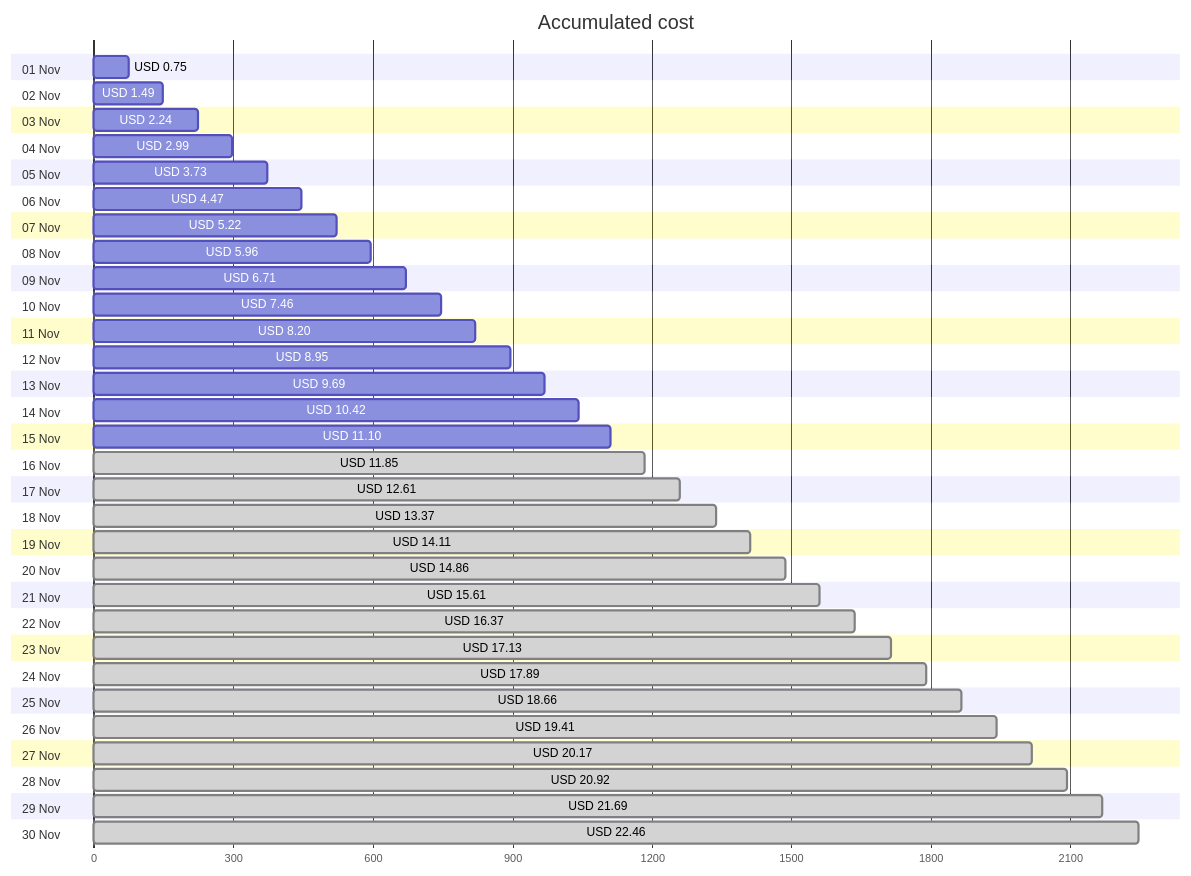
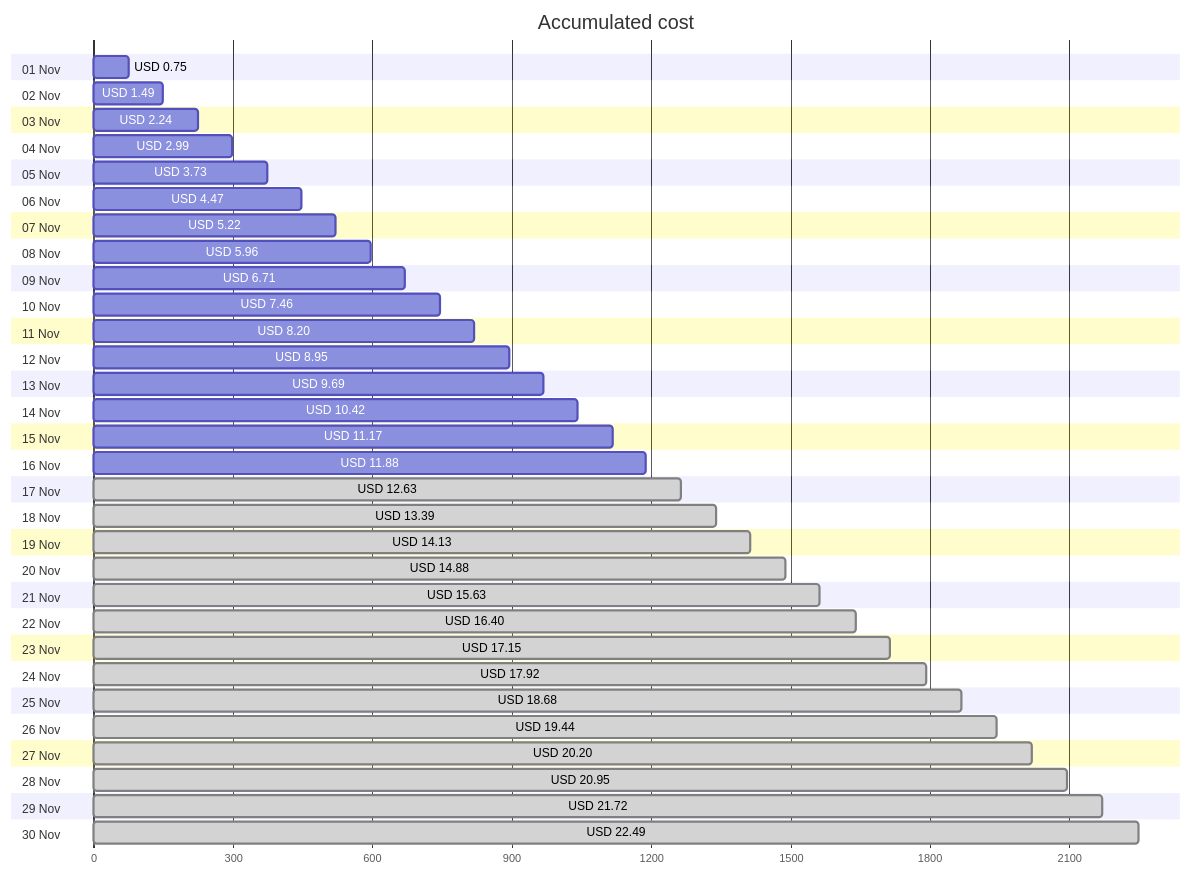
Before and after one commit to jpfulton/azure-personal-reports: the first of 4 diagrams in cost-reports/personal-network/backup-server-data-disk.md, drawn with Mermaid. The commit also changed other lines of this file and 8 other files, not shown here.

````diff
--- a/cost-reports/personal-network/backup-server-data-disk.md
+++ b/cost-reports/personal-network/backup-server-data-disk.md
@@ -20,66 +20,66 @@
 ```mermaid
 gantt
    title Accumulated cost
    dateFormat  X
    axisFormat %s
    section 01 Nov
    USD 0.75 :0, 75
    section 02 Nov
    USD 1.49 :0, 149
    section 03 Nov
    USD 2.24 :0, 224
    section 04 Nov
    USD 2.99 :0, 299
    section 05 Nov
    USD 3.73 :0, 373
    section 06 Nov
    USD 4.47 :0, 447
    section 07 Nov
    USD 5.22 :0, 522
    section 08 Nov
    USD 5.96 :0, 596
    section 09 Nov
    USD 6.71 :0, 671
    section 10 Nov
    USD 7.46 :0, 746
    section 11 Nov
    USD 8.20 :0, 820
    section 12 Nov
    USD 8.95 :0, 895
    section 13 Nov
    USD 9.69 :0, 969
    section 14 Nov
    USD 10.42 :0, 1042
    section 15 Nov
-   USD 11.10 :0, 1110
+   USD 11.17 :0, 1117
    section 16 Nov
-   USD 11.85 : done, 0, 1185
+   USD 11.88 :0, 1188
    section 17 Nov
-   USD 12.61 : done, 0, 1261
+   USD 12.63 : done, 0, 1263
    section 18 Nov
-   USD 13.37 : done, 0, 1337
+   USD 13.39 : done, 0, 1339
    section 19 Nov
-   USD 14.11 : done, 0, 1411
+   USD 14.13 : done, 0, 1413
    section 20 Nov
-   USD 14.86 : done, 0, 1486
+   USD 14.88 : done, 0, 1488
    section 21 Nov
-   USD 15.61 : done, 0, 1561
+   USD 15.63 : done, 0, 1563
    section 22 Nov
-   USD 16.37 : done, 0, 1637
+   USD 16.40 : done, 0, 1640
    section 23 Nov
-   USD 17.13 : done, 0, 1713
+   USD 17.15 : done, 0, 1715
    section 24 Nov
-   USD 17.89 : done, 0, 1789
+   USD 17.92 : done, 0, 1792
    section 25 Nov
-   USD 18.66 : done, 0, 1866
+   USD 18.68 : done, 0, 1868
    section 26 Nov
-   USD 19.41 : done, 0, 1941
+   USD 19.44 : done, 0, 1944
    section 27 Nov
-   USD 20.17 : done, 0, 2017
+   USD 20.20 : done, 0, 2020
    section 28 Nov
-   USD 20.92 : done, 0, 2092
+   USD 20.95 : done, 0, 2095
    section 29 Nov
-   USD 21.69 : done, 0, 2169
+   USD 21.72 : done, 0, 2172
    section 30 Nov
-   USD 22.46 : done, 0, 2246
+   USD 22.49 : done, 0, 2249
 ```
````
